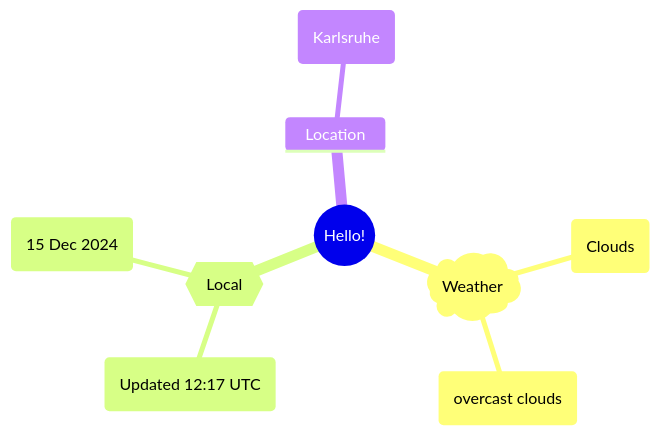
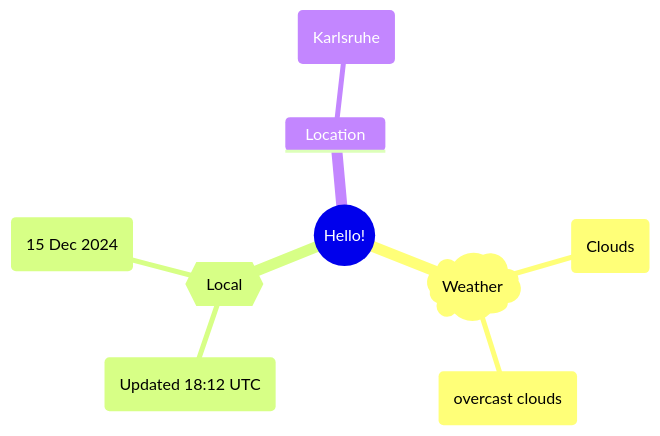
One commit to Xosrov/Xosrov changed the first of 2 diagrams in README.md. Above: the diagram before and after it, drawn with Mermaid.

Commit message:
[bot] updated images

````diff
--- a/README.md
+++ b/README.md
@@ -3,12 +3,12 @@
 ```mermaid
 mindmap
   root((Hello!))
     )Weather(
         (Clouds)
         (overcast clouds)
     {{Local}}
-        (Updated 12:17 UTC)
+        (Updated 18:12 UTC)
         (15 Dec 2024)
     Location
         (Karlsruhe)
 ```
````
